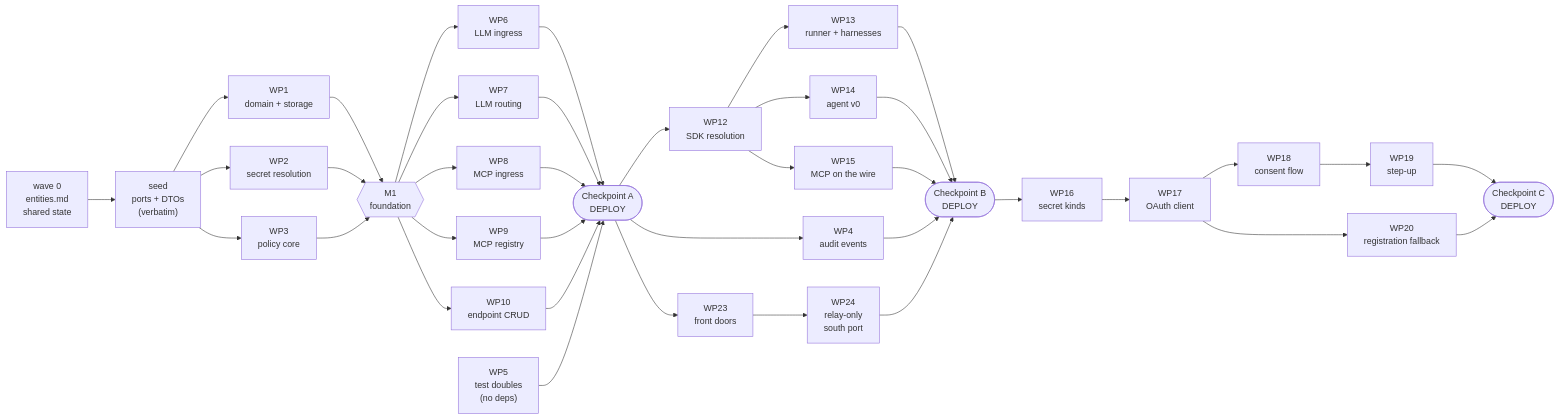
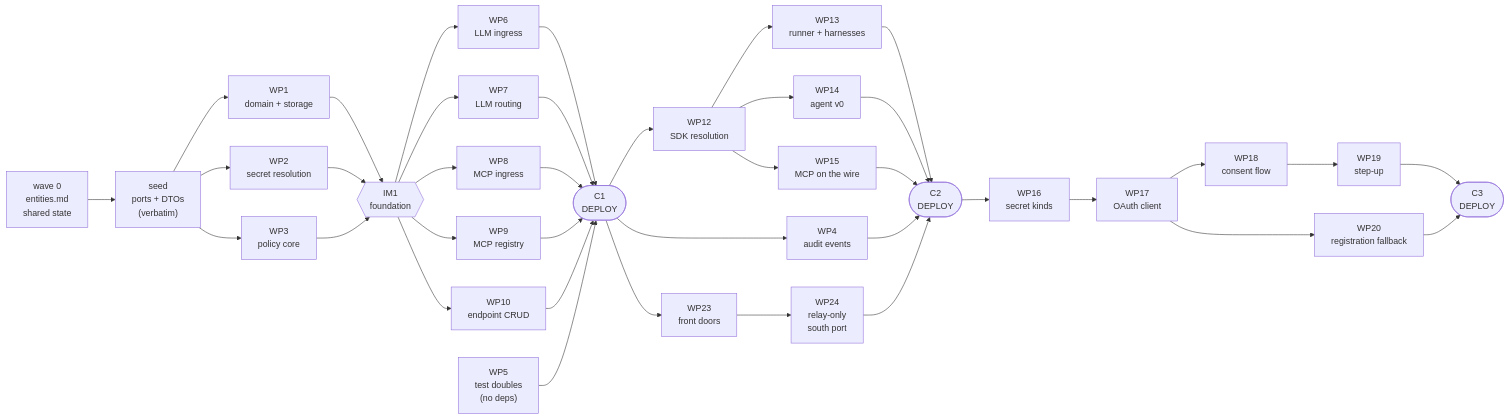
The diagram in docs/design/gateways-research/v1/plan.md (Agenta-AI/agenta), drawn with Mermaid before and after one commit. The commit also changed other lines of this file and 55 other files, not shown here.

````diff
--- a/docs/design/gateways-research/v1/plan.md
+++ b/docs/design/gateways-research/v1/plan.md
@@ -102,29 +102,29 @@
 ```mermaid
 flowchart LR
     W0["wave 0<br/>entities.md<br/>shared state"] --> S["seed<br/>ports + DTOs<br/>(verbatim)"]
     S --> WP1["WP1<br/>domain + storage"]
     S --> WP2["WP2<br/>secret resolution"]
     S --> WP3["WP3<br/>policy core"]
     WP5["WP5<br/>test doubles<br/>(no deps)"]
-    WP1 & WP2 & WP3 --> M1{{"M1<br/>foundation"}}
-    M1 --> WP6["WP6<br/>LLM ingress"]
-    M1 --> WP7["WP7<br/>LLM routing"]
-    M1 --> WP8["WP8<br/>MCP ingress"]
-    M1 --> WP9["WP9<br/>MCP registry"]
-    M1 --> WP10["WP10<br/>endpoint CRUD"]
-    WP6 & WP7 & WP8 & WP9 & WP10 & WP5 --> CA(["Checkpoint A<br/>DEPLOY"])
+    WP1 & WP2 & WP3 --> IM1{{"IM1<br/>foundation"}}
+    IM1 --> WP6["WP6<br/>LLM ingress"]
+    IM1 --> WP7["WP7<br/>LLM routing"]
+    IM1 --> WP8["WP8<br/>MCP ingress"]
+    IM1 --> WP9["WP9<br/>MCP registry"]
+    IM1 --> WP10["WP10<br/>endpoint CRUD"]
+    WP6 & WP7 & WP8 & WP9 & WP10 & WP5 --> CA(["C1<br/>DEPLOY"])
     CA --> WP12["WP12<br/>SDK resolution"]
     CA --> WP4["WP4<br/>audit events"]
     WP12 --> WP13["WP13<br/>runner + harnesses"]
     WP12 --> WP14["WP14<br/>agent v0"]
     WP12 --> WP15["WP15<br/>MCP on the wire"]
     CA --> WP23["WP23<br/>front doors"]
     WP23 --> WP24["WP24<br/>relay-only<br/>south port"]
-    WP13 & WP14 & WP15 & WP4 & WP24 --> CB(["Checkpoint B<br/>DEPLOY"])
+    WP13 & WP14 & WP15 & WP4 & WP24 --> CB(["C2<br/>DEPLOY"])
     CB --> WP16["WP16<br/>secret kinds"]
     WP16 --> WP17["WP17<br/>OAuth client"]
     WP17 --> WP18["WP18<br/>consent flow"]
     WP17 --> WP20["WP20<br/>registration fallback"]
     WP18 --> WP19["WP19<br/>step-up"]
-    WP19 & WP20 --> CC(["Checkpoint C<br/>DEPLOY"])
+    WP19 & WP20 --> CC(["C3<br/>DEPLOY"])
 ```
````
